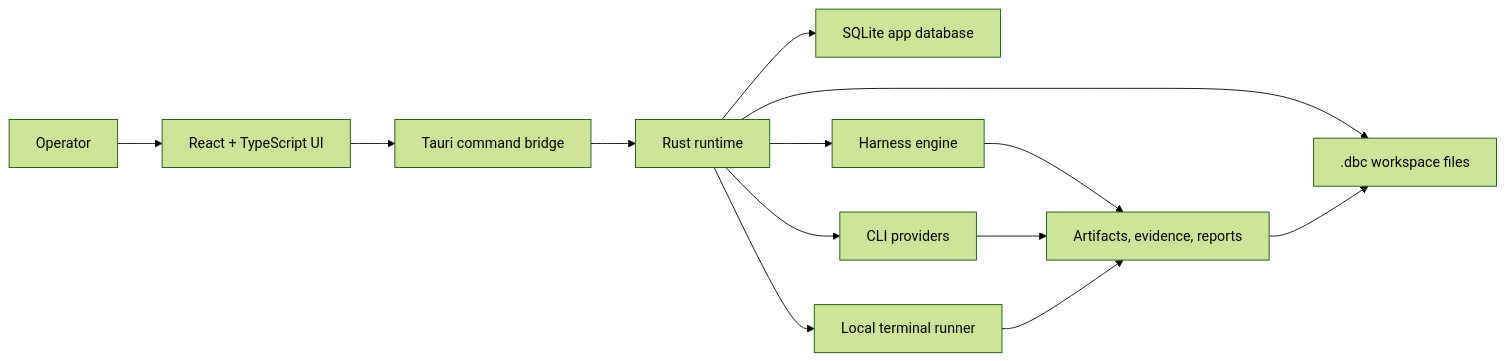
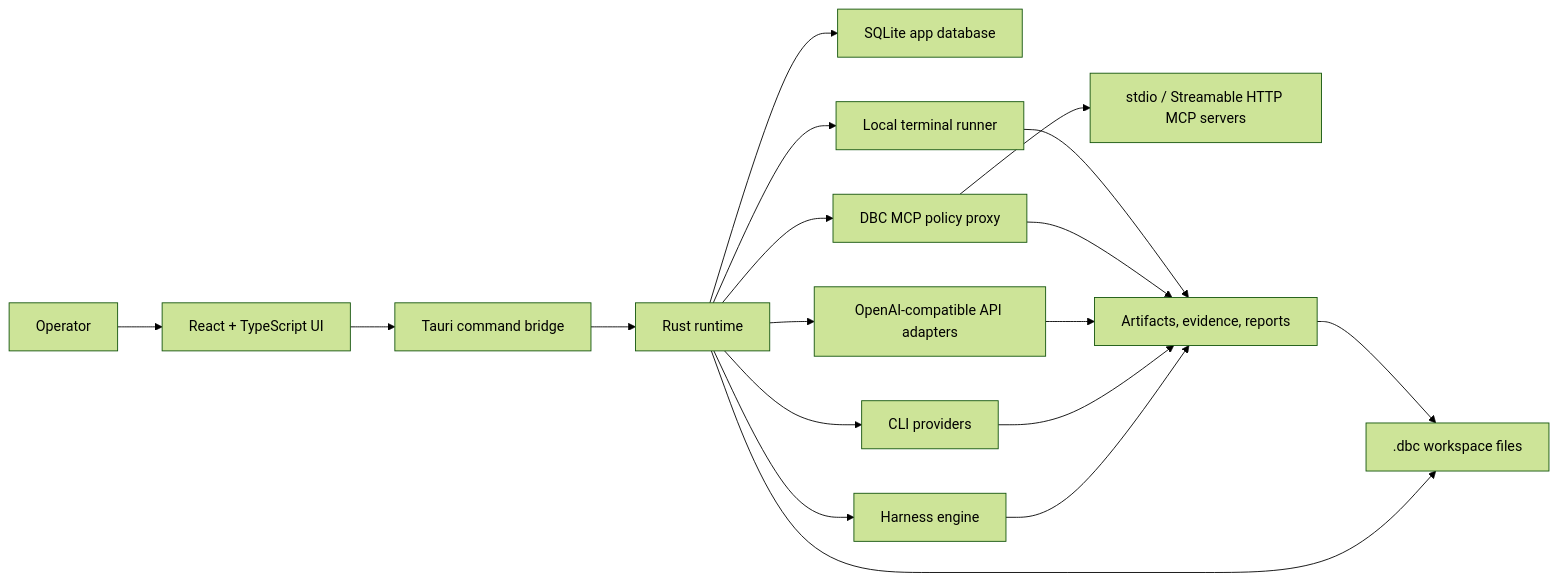
Before and after one commit to vistadi/dildin-build-control: the first of 3 diagrams in docs/ARCHITECTURE.md, drawn with Mermaid (forest theme). The commit also changed other lines of this file and 30 other files, not shown here.

Commit message:
feat(integrations): add Kimi Qwen MCP routing and EvidencePack v2

````diff
--- a/docs/ARCHITECTURE.md
+++ b/docs/ARCHITECTURE.md
@@ -7,15 +7,20 @@
 ```mermaid
 flowchart LR
   Operator["Operator"] --> UI["React + TypeScript UI"]
   UI --> Bridge["Tauri command bridge"]
   Bridge --> Runtime["Rust runtime"]
   Runtime --> SQLite["SQLite app database"]
   Runtime --> DBC[".dbc workspace files"]
   Runtime --> Providers["CLI providers"]
+  Runtime --> API["OpenAI-compatible API adapters"]
+  Runtime --> MCP["DBC MCP policy proxy"]
+  MCP --> Servers["stdio / Streamable HTTP MCP servers"]
   Runtime --> Shell["Local terminal runner"]
   Runtime --> Harness["Harness engine"]
   Harness --> Evidence
   Providers --> Evidence["Artifacts, evidence, reports"]
+  API --> Evidence
+  MCP --> Evidence
   Shell --> Evidence
   Evidence --> DBC
 ```
````
